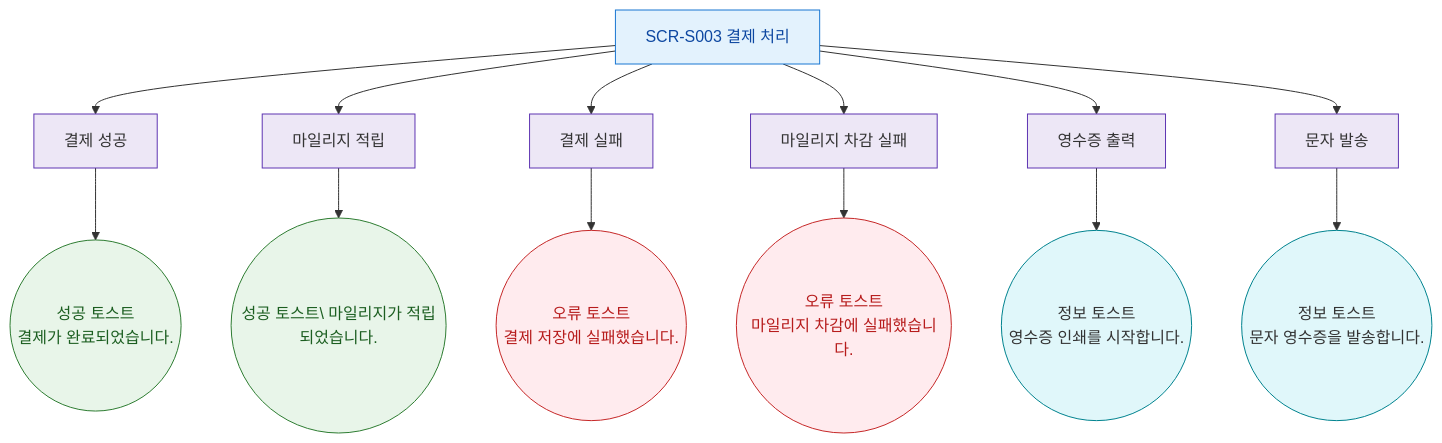
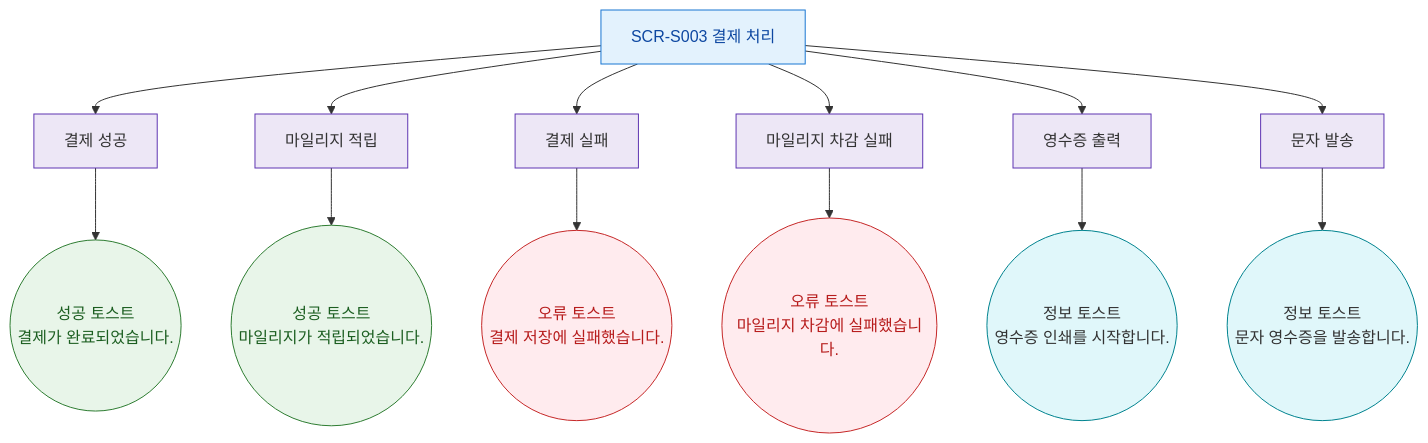
The diagram in docs/admin/다이어그램/D03_매출관리/SCR-S003_결제처리/F9_토스트.md (dev-spogym/admin-pando), drawn with Mermaid before and after one commit. The commit also changed 369 other files, not shown here.

````diff
--- a/docs/admin/다이어그램/D03_매출관리/SCR-S003_결제처리/F9_토스트.md
+++ b/docs/admin/다이어그램/D03_매출관리/SCR-S003_결제처리/F9_토스트.md
@@ -18,30 +18,30 @@
 ```mermaid
 flowchart TD
     S003[SCR-S003 결제 처리]
 
     S003 --> EVT_PAY_OK[결제 성공]
     S003 --> EVT_MILEAGE[마일리지 적립]
     S003 --> EVT_PAY_ERR[결제 실패]
     S003 --> EVT_MILEAGE_ERR[마일리지 차감 실패]
     S003 --> EVT_RECEIPT[영수증 출력]
     S003 --> EVT_SMS[문자 발송]
 
     EVT_PAY_OK --> TOAST_S_PAY((성공 토스트\n결제가 완료되었습니다.))
-    EVT_MILEAGE --> TOAST_S_MILEAGE((성공 토스트\ 마일리지가 적립되었습니다.))
+    EVT_MILEAGE --> TOAST_S_MILEAGE((성공 토스트<br/> 마일리지가 적립되었습니다.))
     EVT_PAY_ERR --> TOAST_E_PAY((오류 토스트\n결제 저장에 실패했습니다.))
     EVT_MILEAGE_ERR --> TOAST_E_MILEAGE((오류 토스트\n마일리지 차감에 실패했습니다.))
     EVT_RECEIPT --> TOAST_I_RECEIPT((정보 토스트\n영수증 인쇄를 시작합니다.))
     EVT_SMS --> TOAST_I_SMS((정보 토스트\n문자 영수증을 발송합니다.))
 
     classDef screen fill:#E3F2FD,stroke:#1976D2,color:#0D47A1
     classDef success fill:#E8F5E9,stroke:#2E7D32,color:#1B5E20
     classDef error fill:#FFEBEE,stroke:#C62828,color:#B71C1C
     classDef info fill:#E0F7FA,stroke:#00838F
     classDef system fill:#EDE7F6,stroke:#5E35B2
 
     class S003 screen
     class TOAST_S_PAY,TOAST_S_MILEAGE success
     class TOAST_E_PAY,TOAST_E_MILEAGE error
     class TOAST_I_RECEIPT,TOAST_I_SMS info
     class EVT_PAY_OK,EVT_MILEAGE,EVT_PAY_ERR,EVT_MILEAGE_ERR,EVT_RECEIPT,EVT_SMS system
 ```
````
